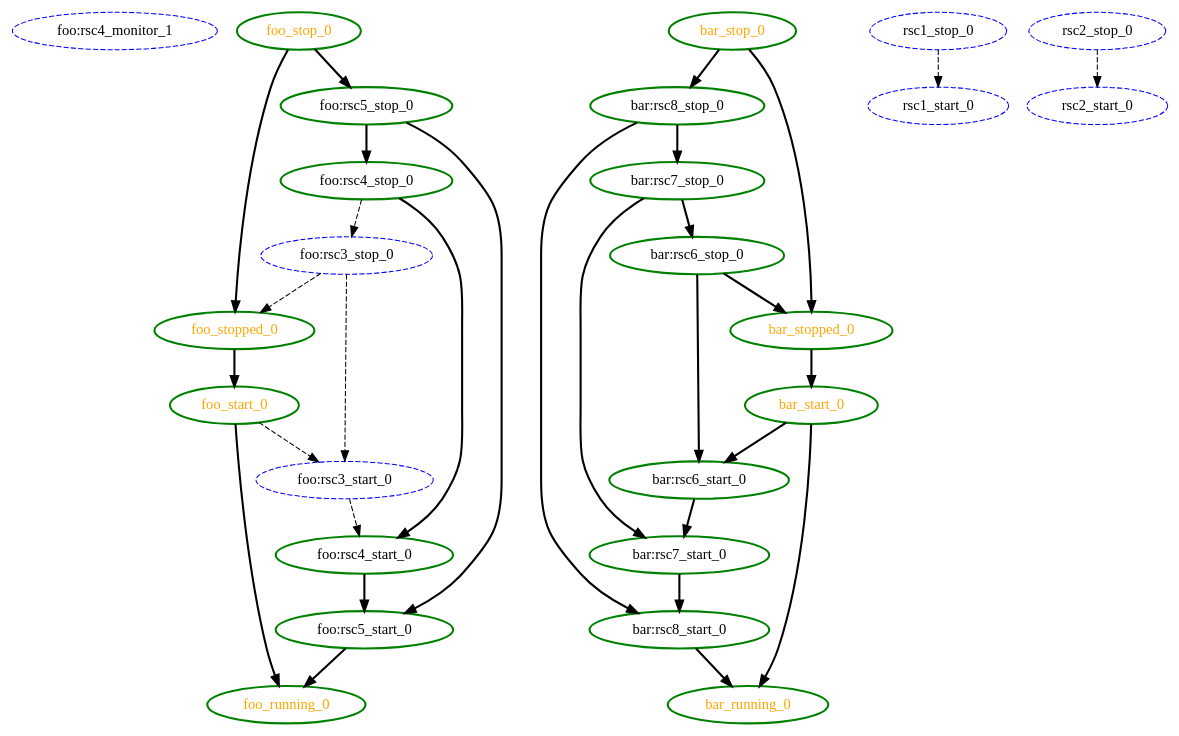
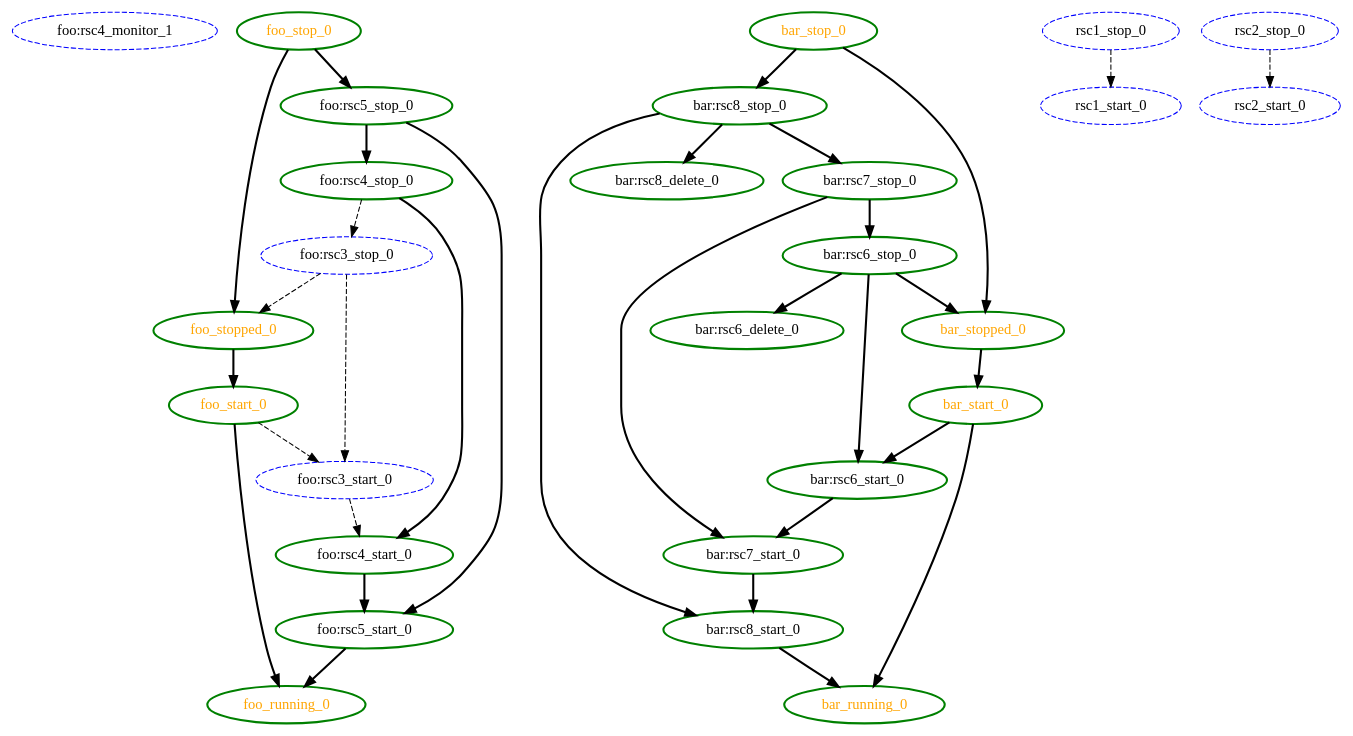
One commit to richiewen8/heartbeat changed the diagram in crm/pengine/testcases/group9.dot. Above: the diagram before and after it, drawn with Graphviz. The commit also changed 99 other files, not shown here.

First line of the commit message:
Resolve the "rsc state" mess Dont send delete's when the node is down or the resource failed Send delete's for any inactive resources

```diff
--- a/crm/pengine/testcases/group9.dot
+++ b/crm/pengine/testcases/group9.dot
@@ -1,58 +1,62 @@
 digraph "g" {
 	size = "30,30"
 "foo:rsc4_monitor_1" [ style="dashed" color="blue" fontcolor="black" ]
 "foo:rsc4_stop_0" [ tooltip="node1" style=bold color="green" fontcolor="black" ]
 "bar:rsc7_start_0" [ tooltip="node2" style=bold color="green" fontcolor="black" ]
 "bar:rsc7_stop_0" [ tooltip="node1" style=bold color="green" fontcolor="black" ]
 "rsc1_stop_0" [ style="dashed" color="blue" fontcolor="black" ]
 "rsc1_start_0" [ style="dashed" color="blue" fontcolor="black" ]
 "rsc2_stop_0" [ style="dashed" color="blue" fontcolor="black" ]
 "rsc2_start_0" [ style="dashed" color="blue" fontcolor="black" ]
 "foo:rsc3_stop_0" [ style="dashed" color="blue" fontcolor="black" ]
 "foo:rsc3_start_0" [ style="dashed" color="blue" fontcolor="black" ]
 "foo:rsc4_start_0" [ tooltip="node1" style=bold color="green" fontcolor="black" ]
 "foo:rsc5_stop_0" [ tooltip="node1" style=bold color="green" fontcolor="black" ]
 "foo:rsc5_start_0" [ tooltip="node1" style=bold color="green" fontcolor="black" ]
 "foo_start_0" [ tooltip="" style=bold color="green" fontcolor="orange" ]
 "foo_running_0" [ tooltip="" style=bold color="green" fontcolor="orange" ]
 "foo_stop_0" [ tooltip="" style=bold color="green" fontcolor="orange" ]
 "foo_stopped_0" [ tooltip="" style=bold color="green" fontcolor="orange" ]
 "bar:rsc6_stop_0" [ tooltip="node1" style=bold color="green" fontcolor="black" ]
 "bar:rsc6_start_0" [ tooltip="node2" style=bold color="green" fontcolor="black" ]
+"bar:rsc6_delete_0" [ tooltip="node1" style=bold color="green" fontcolor="black" ]
 "bar:rsc8_stop_0" [ tooltip="node1" style=bold color="green" fontcolor="black" ]
 "bar:rsc8_start_0" [ tooltip="node2" style=bold color="green" fontcolor="black" ]
+"bar:rsc8_delete_0" [ tooltip="node1" style=bold color="green" fontcolor="black" ]
 "bar_start_0" [ tooltip="" style=bold color="green" fontcolor="orange" ]
 "bar_running_0" [ tooltip="" style=bold color="green" fontcolor="orange" ]
 "bar_stop_0" [ tooltip="" style=bold color="green" fontcolor="orange" ]
 "bar_stopped_0" [ tooltip="" style=bold color="green" fontcolor="orange" ]
 "foo:rsc5_stop_0" -> "foo:rsc4_stop_0" [ style = bold]
 "bar:rsc7_stop_0" -> "bar:rsc7_start_0" [ style = bold]
 "bar:rsc6_start_0" -> "bar:rsc7_start_0" [ style = bold]
 "bar:rsc8_stop_0" -> "bar:rsc7_stop_0" [ style = bold]
 "rsc1_stop_0" -> "rsc1_start_0" [ style = dashed]
 "rsc2_stop_0" -> "rsc2_start_0" [ style = dashed]
 "foo:rsc4_stop_0" -> "foo:rsc3_stop_0" [ style = dashed]
 "foo:rsc3_stop_0" -> "foo:rsc3_start_0" [ style = dashed]
 "foo_start_0" -> "foo:rsc3_start_0" [ style = dashed]
 "foo:rsc4_stop_0" -> "foo:rsc4_start_0" [ style = bold]
 "foo:rsc3_start_0" -> "foo:rsc4_start_0" [ style = dashed]
 "foo_stop_0" -> "foo:rsc5_stop_0" [ style = bold]
 "foo:rsc4_start_0" -> "foo:rsc5_start_0" [ style = bold]
 "foo:rsc5_stop_0" -> "foo:rsc5_start_0" [ style = bold]
 "foo_stopped_0" -> "foo_start_0" [ style = bold]
 "foo:rsc5_start_0" -> "foo_running_0" [ style = bold]
 "foo_start_0" -> "foo_running_0" [ style = bold]
 "foo:rsc3_stop_0" -> "foo_stopped_0" [ style = dashed]
 "foo_stop_0" -> "foo_stopped_0" [ style = bold]
 "bar:rsc7_stop_0" -> "bar:rsc6_stop_0" [ style = bold]
 "bar:rsc6_stop_0" -> "bar:rsc6_start_0" [ style = bold]
 "bar_start_0" -> "bar:rsc6_start_0" [ style = bold]
+"bar:rsc6_stop_0" -> "bar:rsc6_delete_0" [ style = bold]
 "bar_stop_0" -> "bar:rsc8_stop_0" [ style = bold]
 "bar:rsc7_start_0" -> "bar:rsc8_start_0" [ style = bold]
 "bar:rsc8_stop_0" -> "bar:rsc8_start_0" [ style = bold]
+"bar:rsc8_stop_0" -> "bar:rsc8_delete_0" [ style = bold]
 "bar_stopped_0" -> "bar_start_0" [ style = bold]
 "bar:rsc8_start_0" -> "bar_running_0" [ style = bold]
 "bar_start_0" -> "bar_running_0" [ style = bold]
 "bar:rsc6_stop_0" -> "bar_stopped_0" [ style = bold]
 "bar_stop_0" -> "bar_stopped_0" [ style = bold]
 }
```
